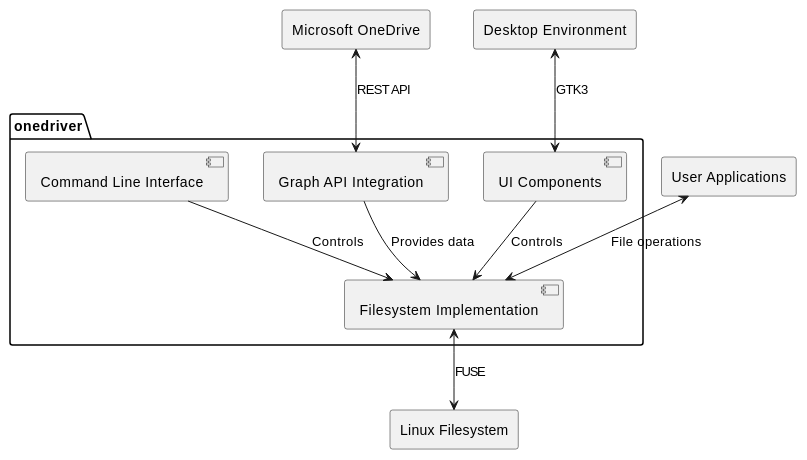
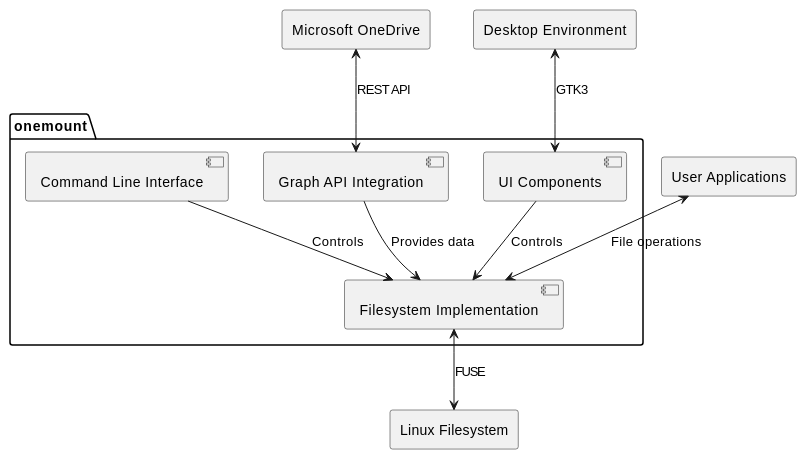
The first of 4 diagrams in docs/design/software-architecture-specification.md (Auriora/OneMount), drawn with PlantUML before and after one commit. The commit also changed other lines of this file and 140 other files, not shown here.

````diff
--- a/docs/design/software-architecture-specification.md
+++ b/docs/design/software-architecture-specification.md
@@ -73,23 +73,23 @@
 ```plantuml
 @startuml
 rectangle "Microsoft OneDrive" as OneDrive
 rectangle "Linux Filesystem" as LinuxFS
 rectangle "User Applications" as Apps
 rectangle "Desktop Environment" as Desktop
 
-package "onedriver" {
+package "onemount" {
   [Filesystem Implementation] as FS
   [Graph API Integration] as Graph
   [UI Components] as UI
   [Command Line Interface] as CLI
 }
 
 OneDrive <--> Graph : REST API
 FS <--> LinuxFS : FUSE
 Apps <--> FS : File operations
 Desktop <--> UI : GTK3
 CLI --> FS : Controls
 UI --> FS : Controls
 Graph --> FS : Provides data
 @enduml
 ```
````
